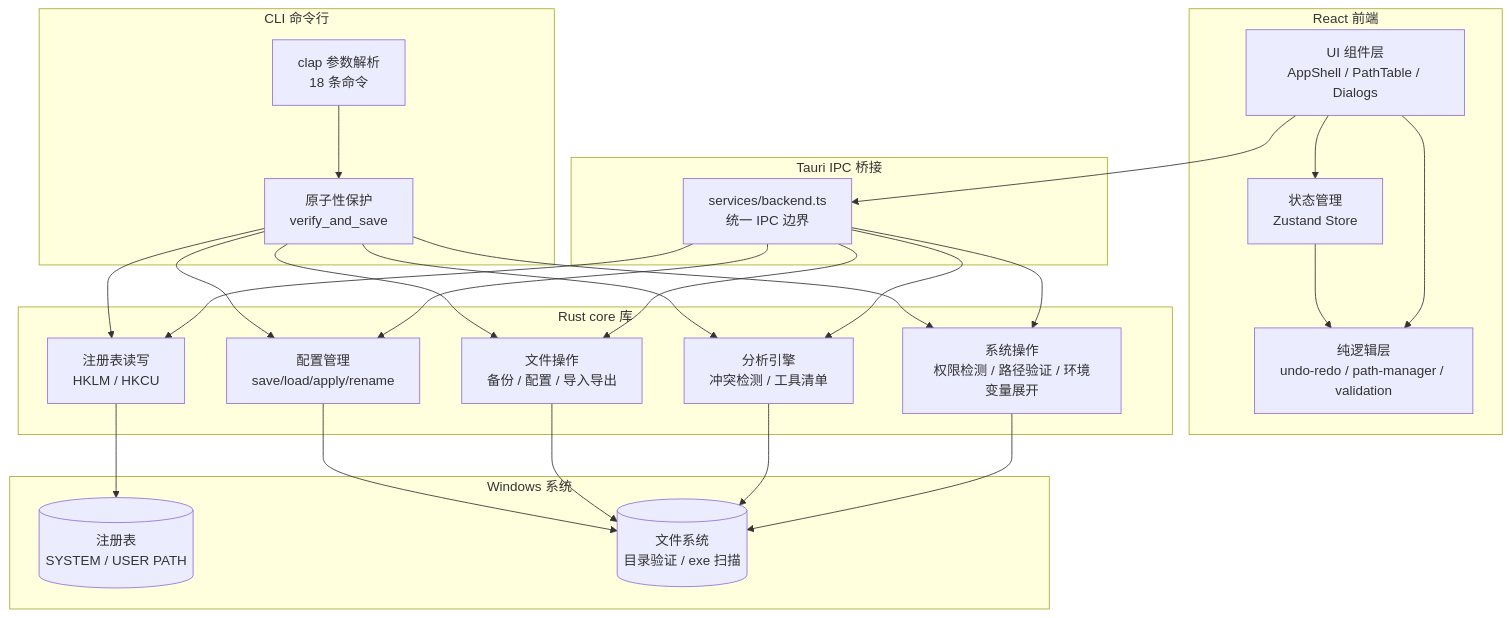
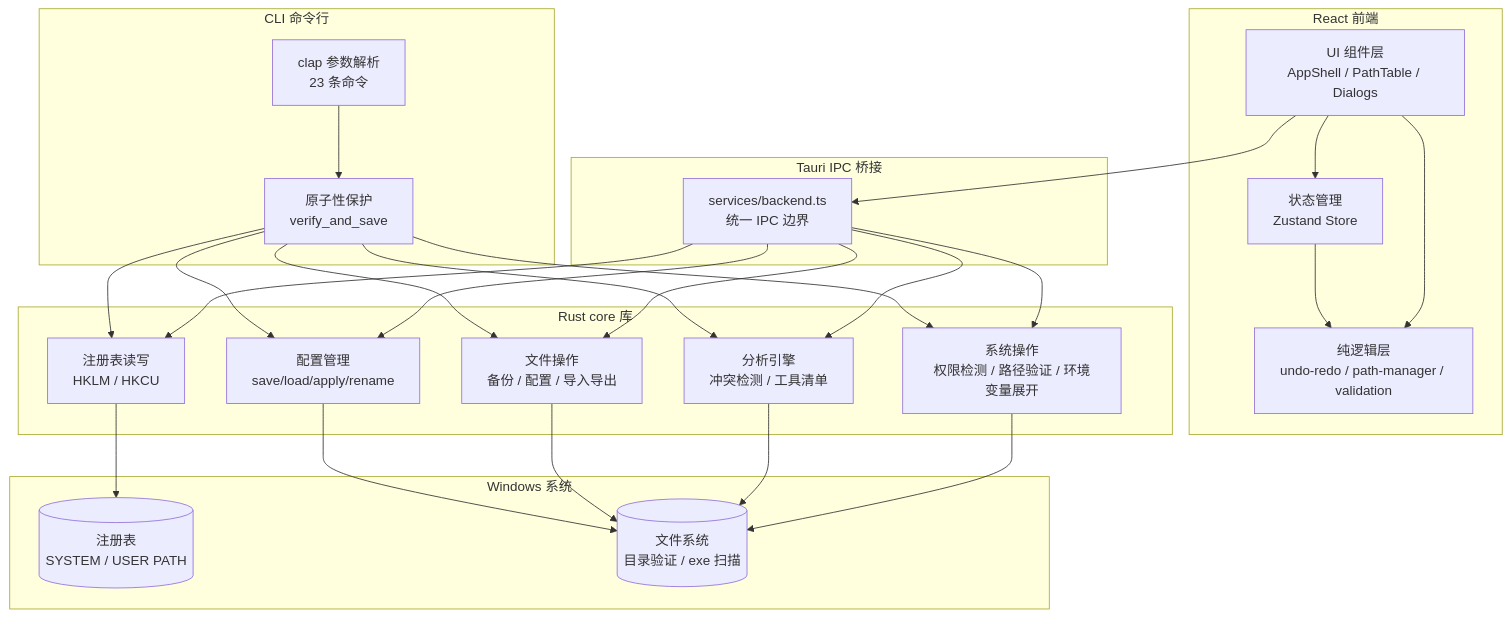
The first of 4 diagrams in README.md (LHY0125/PathEditor), drawn with Mermaid before and after one commit. The commit also changed other lines of this file and 2 other files, not shown here.

````diff
--- a/README.md
+++ b/README.md
@@ -48,51 +48,51 @@
 ```mermaid
 graph TB
     subgraph 前端["React 前端"]
         UI[UI 组件层<br/>AppShell / PathTable / Dialogs]
         Store[状态管理<br/>Zustand Store]
         Core[纯逻辑层<br/>undo-redo / path-manager / validation]
         UI --> Store
         UI --> Core
         Store --> Core
     end
 
     subgraph CLI["CLI 命令行"]
-        Clap[clap 参数解析<br/>18 条命令]
+        Clap[clap 参数解析<br/>23 条命令]
         Atomic[原子性保护<br/>verify_and_save]
     end
 
     subgraph IPC["Tauri IPC 桥接"]
         invoke[services/backend.ts<br/>统一 IPC 边界]
     end
 
     subgraph 后端["Rust core 库"]
         Registry[注册表读写<br/>HKLM / HKCU]
         System[系统操作<br/>权限检测 / 路径验证 / 环境变量展开]
         Files[文件操作<br/>备份 / 配置 / 导入导出]
         Scanner[分析引擎<br/>冲突检测 / 工具清单]
         Profiles[配置管理<br/>save/load/apply/rename]
     end
 
     subgraph Windows["Windows 系统"]
         Reg[(注册表<br/>SYSTEM / USER PATH)]
         FS[(文件系统<br/>目录验证 / exe 扫描)]
     end
 
     UI --> invoke
     invoke --> Registry
     invoke --> System
     invoke --> Files
     invoke --> Scanner
     invoke --> Profiles
     Clap --> Atomic
     Atomic --> Registry
     Atomic --> System
     Atomic --> Files
     Atomic --> Scanner
     Atomic --> Profiles
     Registry --> Reg
     System --> FS
     Scanner --> FS
     Files --> FS
     Profiles --> FS
 ```
````
